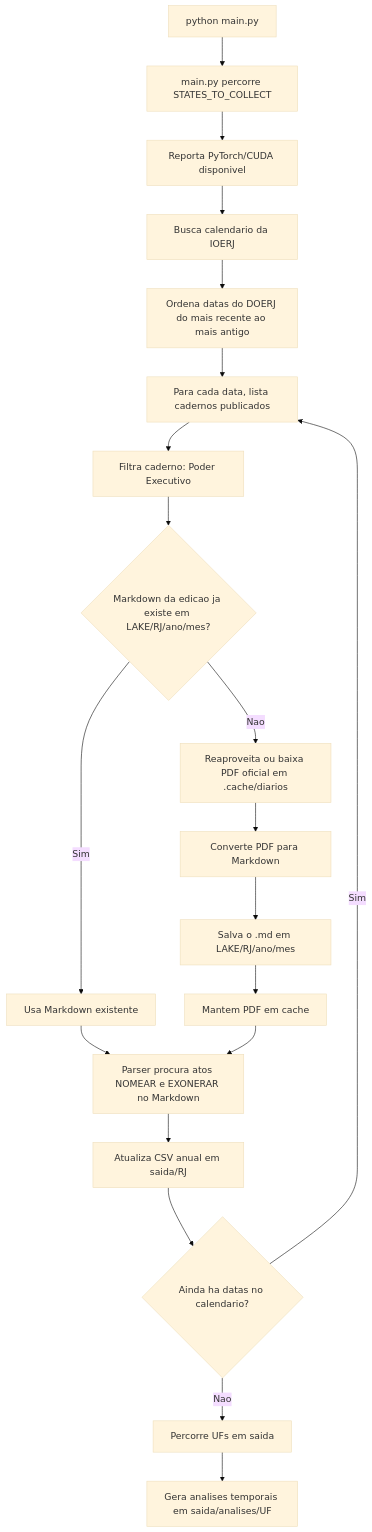
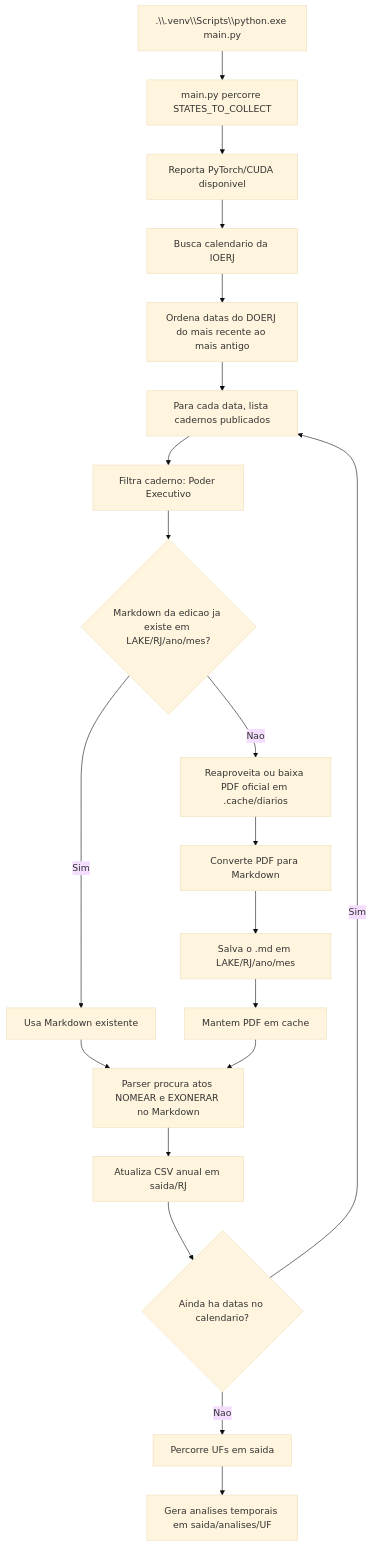
Before and after one commit to 0rakul0/exoneracoes_nomeacoes_dou: the diagram in README.md, drawn with Mermaid (base theme). The commit also changed other lines of this file and 603 other files, not shown here.

````diff
--- a/README.md
+++ b/README.md
@@ -80,22 +84,22 @@
 ```mermaid
 flowchart TD
-    A["python main.py"] --> B["main.py percorre STATES_TO_COLLECT"]
+    A[".\\.venv\\Scripts\\python.exe main.py"] --> B["main.py percorre STATES_TO_COLLECT"]
     B --> C["Reporta PyTorch/CUDA disponivel"]
     C --> D["Busca calendario da IOERJ"]
     D --> E["Ordena datas do DOERJ do mais recente ao mais antigo"]
     E --> F["Para cada data, lista cadernos publicados"]
     F --> G["Filtra caderno: Poder Executivo"]
     G --> H{"Markdown da edicao ja existe em LAKE/RJ/ano/mes?"}
     H -- "Sim" --> I["Usa Markdown existente"]
     H -- "Nao" --> J["Reaproveita ou baixa PDF oficial em .cache/diarios"]
     J --> K["Converte PDF para Markdown"]
     K --> L["Salva o .md em LAKE/RJ/ano/mes"]
     L --> M["Mantem PDF em cache"]
     I --> N["Parser procura atos NOMEAR e EXONERAR no Markdown"]
     M --> N
     N --> O["Atualiza CSV anual em saida/RJ"]
     O --> P{"Ainda ha datas no calendario?"}
     P -- "Sim" --> F
     P -- "Nao" --> Q["Percorre UFs em saida"]
     Q --> R["Gera analises temporais em saida/analises/UF"]
 ```
````
